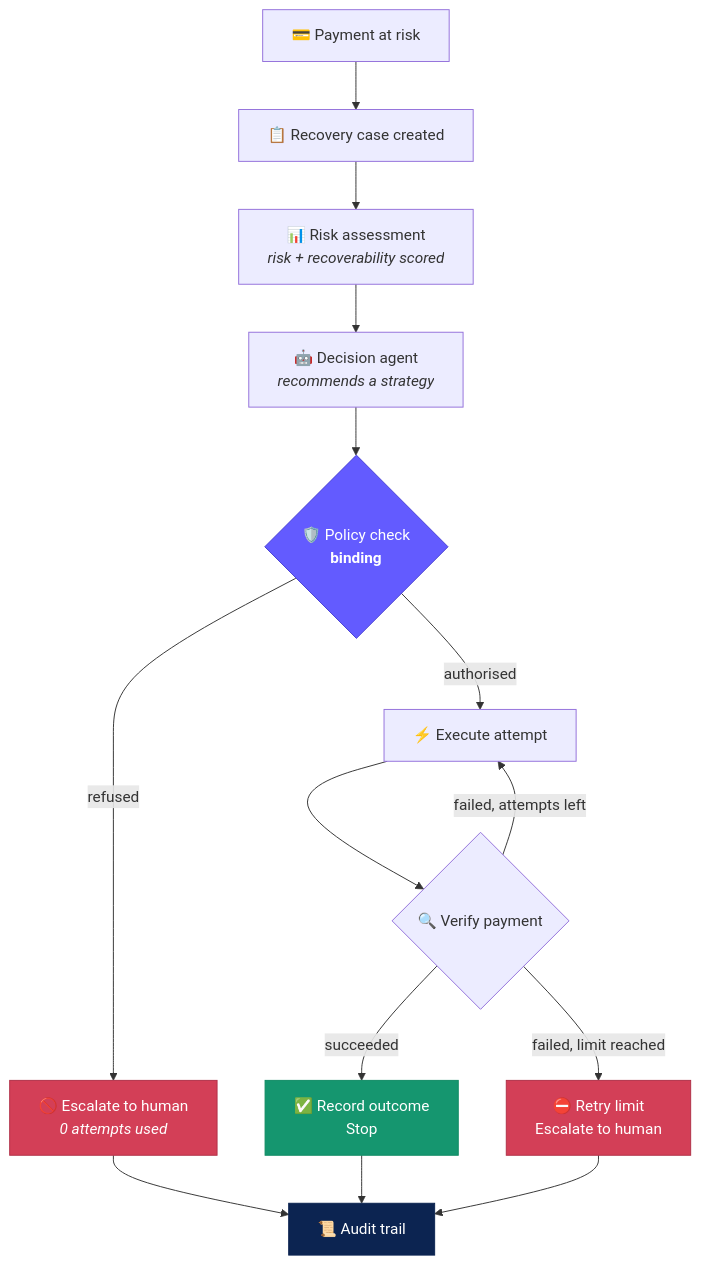
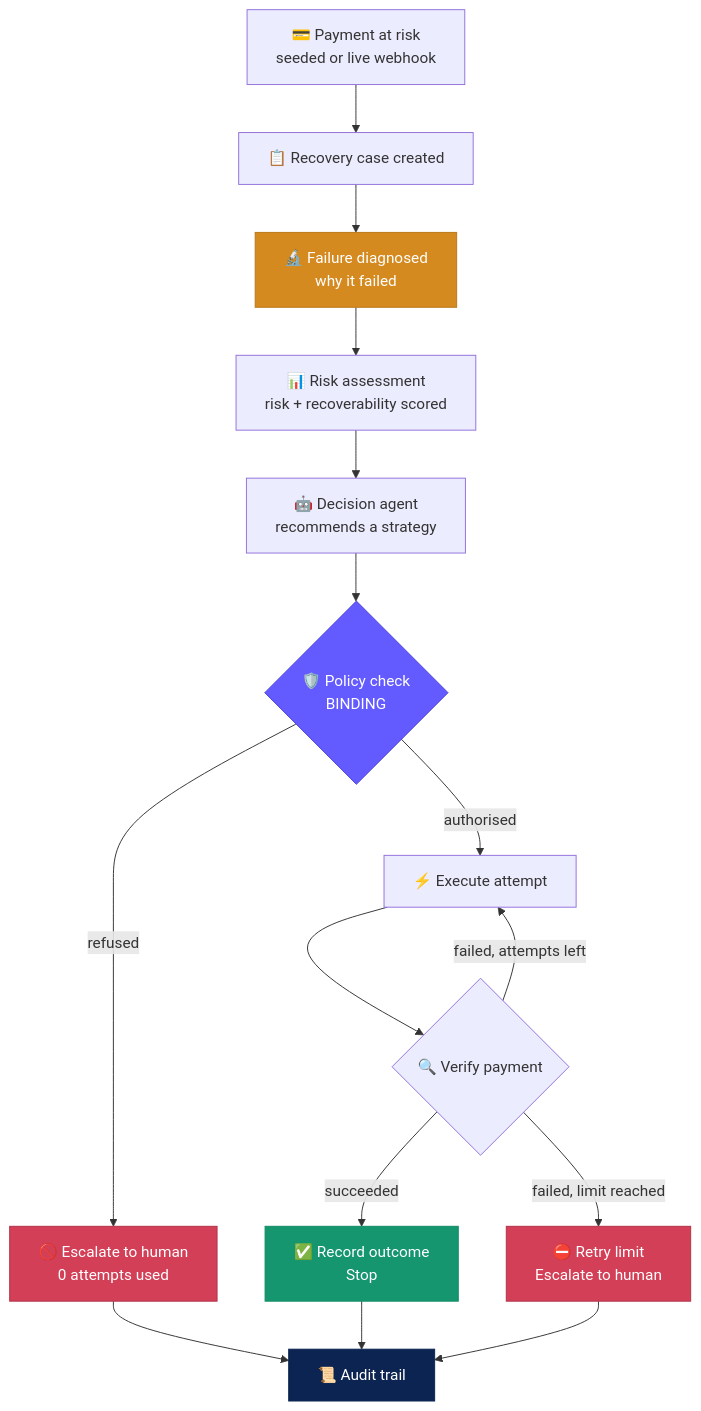
Before and after one commit to lakkarsunanditha14/RecoverAI: the first of 3 diagrams in README.md, drawn with Mermaid. The commit also changed other lines of this file, not shown here.

Commit message:
Update README for webhook recovery flow

````diff
--- a/README.md
+++ b/README.md
@@ -87,25 +98,27 @@
 ```mermaid
 flowchart TD
-    A["💳 Payment at risk"] --> B["📋 Recovery case created"]
-    B --> C["📊 Risk assessment<br/><i>risk + recoverability scored</i>"]
-    C --> D["🤖 Decision agent<br/><i>recommends a strategy</i>"]
-    D --> E{"🛡️ Policy check<br/><b>binding</b>"}
+    A["💳 Payment at risk<br/>seeded or live webhook"] --> B["📋 Recovery case created"]
+    B --> B2["🔬 Failure diagnosed<br/>why it failed"]
+    B2 --> C["📊 Risk assessment<br/>risk + recoverability scored"]
+    C --> D["🤖 Decision agent<br/>recommends a strategy"]
+    D --> E{"🛡️ Policy check<br/>BINDING"}
 
-    E -->|refused| F["🚫 Escalate to human<br/><i>0 attempts used</i>"]
+    E -->|refused| F["🚫 Escalate to human<br/>0 attempts used"]
     E -->|authorised| G["⚡ Execute attempt"]
 
     G --> H{"🔍 Verify payment"}
     H -->|succeeded| I["✅ Record outcome<br/>Stop"]
     H -->|failed, attempts left| G
     H -->|failed, limit reached| J["⛔ Retry limit<br/>Escalate to human"]
 
     I --> K["📜 Audit trail"]
     F --> K
     J --> K
 
+    style B2 fill:#D58A20,stroke:#B8761A,color:#fff
     style E fill:#635BFF,stroke:#4840D4,color:#fff
     style I fill:#15966F,stroke:#0F8A63,color:#fff
     style F fill:#D33F57,stroke:#B03047,color:#fff
     style J fill:#D33F57,stroke:#B03047,color:#fff
     style K fill:#0C2451,stroke:#0C2451,color:#fff
 ```
````
